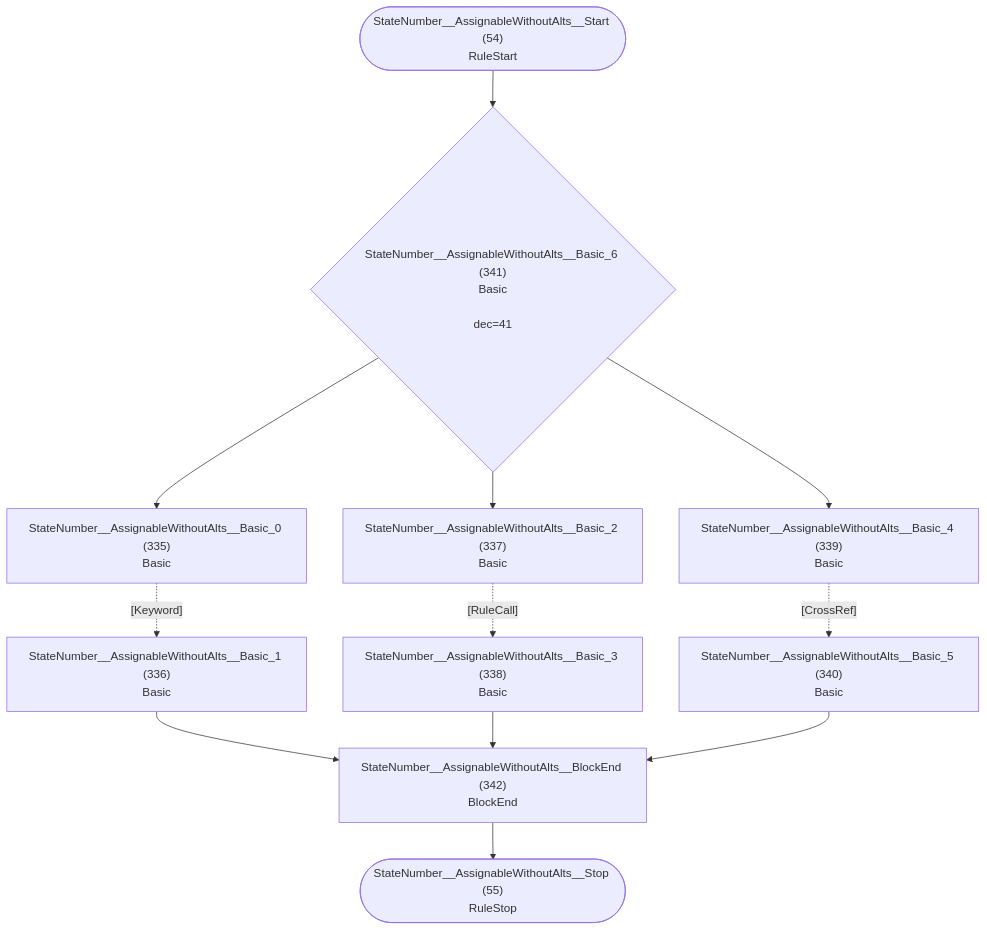
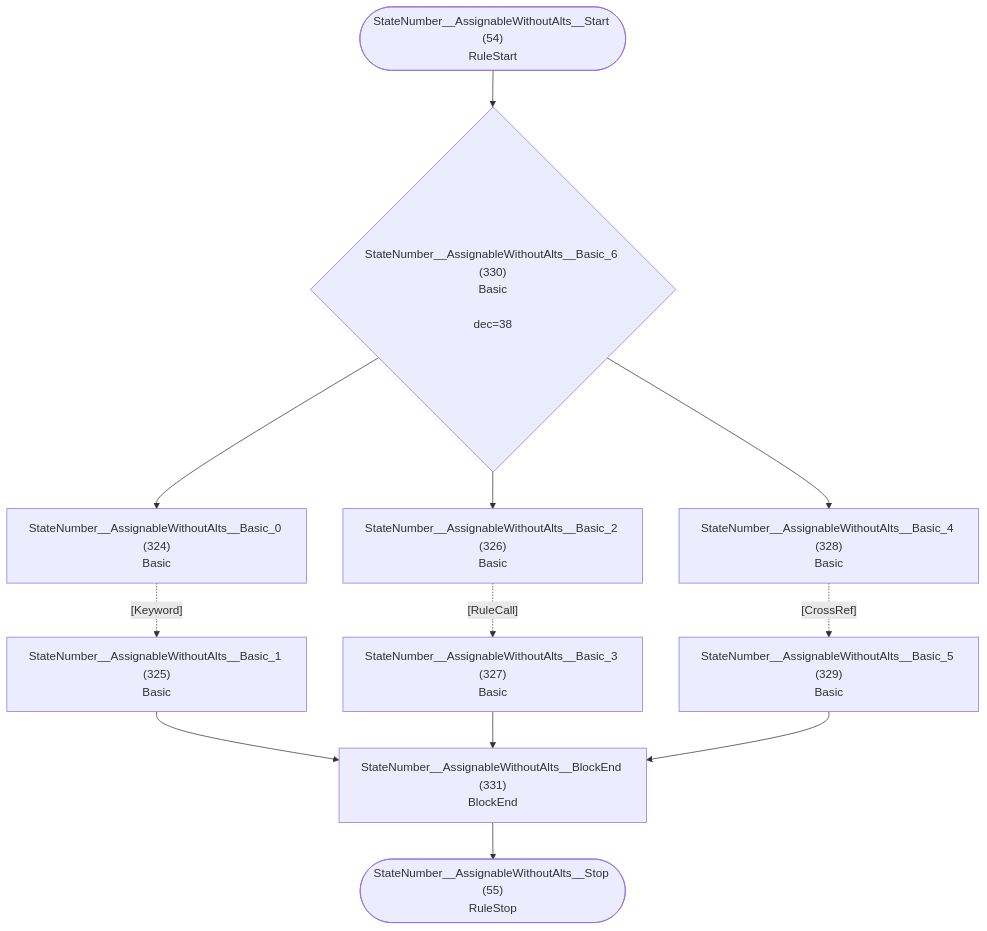
One commit to TypeFox/fastbelt changed diagram 28 of 36 in internal/grammar/atn.md. Above: the diagram before and after it, drawn with Mermaid. The commit also changed other lines of this file and 9 other files, not shown here.

````diff
--- a/internal/grammar/atn.md
+++ b/internal/grammar/atn.md
@@ -859,25 +834,25 @@
 ```mermaid
 flowchart TD
     q54(["StateNumber__AssignableWithoutAlts__Start (54)<br/>RuleStart"])
     q55(["StateNumber__AssignableWithoutAlts__Stop (55)<br/>RuleStop"])
-    q335["StateNumber__AssignableWithoutAlts__Basic_0 (335)<br/>Basic<br/>"]
-    q336["StateNumber__AssignableWithoutAlts__Basic_1 (336)<br/>Basic<br/>"]
-    q337["StateNumber__AssignableWithoutAlts__Basic_2 (337)<br/>Basic<br/>"]
-    q338["StateNumber__AssignableWithoutAlts__Basic_3 (338)<br/>Basic<br/>"]
-    q339["StateNumber__AssignableWithoutAlts__Basic_4 (339)<br/>Basic<br/>"]
-    q340["StateNumber__AssignableWithoutAlts__Basic_5 (340)<br/>Basic<br/>"]
-    q341{"StateNumber__AssignableWithoutAlts__Basic_6 (341)<br/>Basic<br/><br/>dec=41"}
-    q342["StateNumber__AssignableWithoutAlts__BlockEnd (342)<br/>BlockEnd<br/>"]
+    q324["StateNumber__AssignableWithoutAlts__Basic_0 (324)<br/>Basic<br/>"]
+    q325["StateNumber__AssignableWithoutAlts__Basic_1 (325)<br/>Basic<br/>"]
+    q326["StateNumber__AssignableWithoutAlts__Basic_2 (326)<br/>Basic<br/>"]
+    q327["StateNumber__AssignableWithoutAlts__Basic_3 (327)<br/>Basic<br/>"]
+    q328["StateNumber__AssignableWithoutAlts__Basic_4 (328)<br/>Basic<br/>"]
+    q329["StateNumber__AssignableWithoutAlts__Basic_5 (329)<br/>Basic<br/>"]
+    q330{"StateNumber__AssignableWithoutAlts__Basic_6 (330)<br/>Basic<br/><br/>dec=38"}
+    q331["StateNumber__AssignableWithoutAlts__BlockEnd (331)<br/>BlockEnd<br/>"]
 
-    q54 --> q341
-    q335 -.->|"[Keyword]"| q336
-    q336 --> q342
-    q337 -.->|"[RuleCall]"| q338
-    q338 --> q342
-    q339 -.->|"[CrossRef]"| q340
-    q340 --> q342
-    q341 --> q335
-    q341 --> q337
-    q341 --> q339
-    q342 --> q55
+    q54 --> q330
+    q324 -.->|"[Keyword]"| q325
+    q325 --> q331
+    q326 -.->|"[RuleCall]"| q327
+    q327 --> q331
+    q328 -.->|"[CrossRef]"| q329
+    q329 --> q331
+    q330 --> q324
+    q330 --> q326
+    q330 --> q328
+    q331 --> q55
 ```
````
